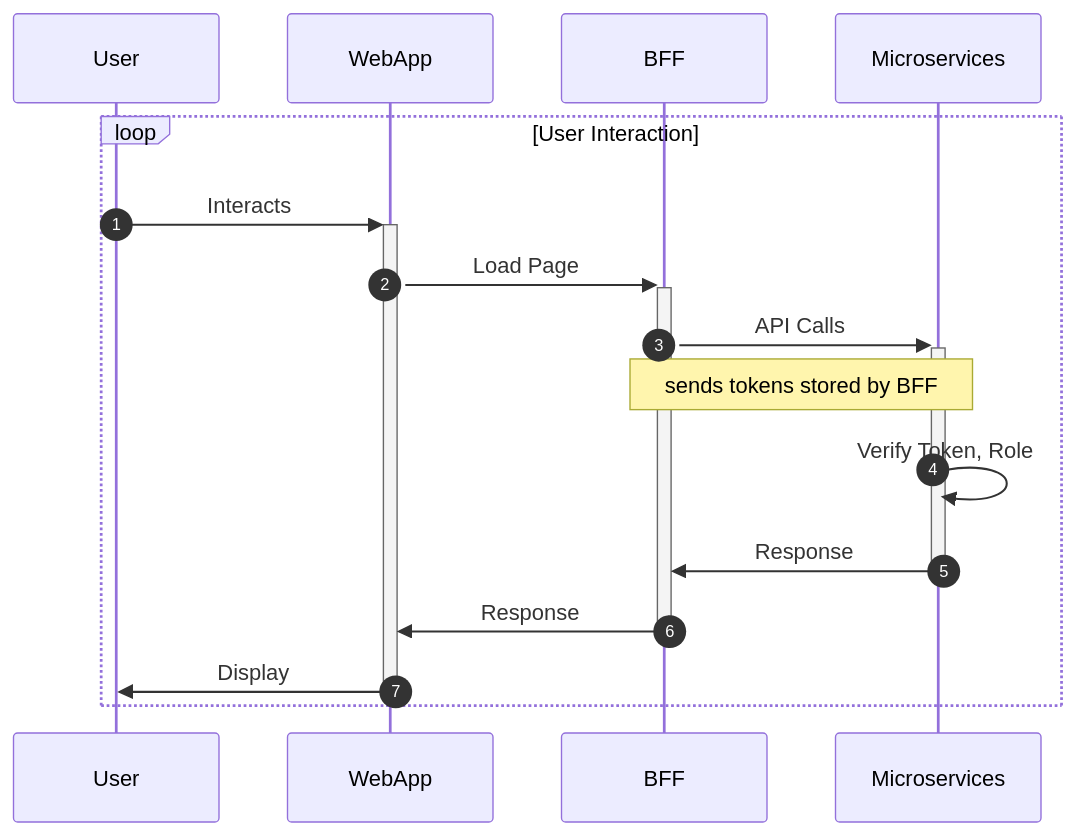
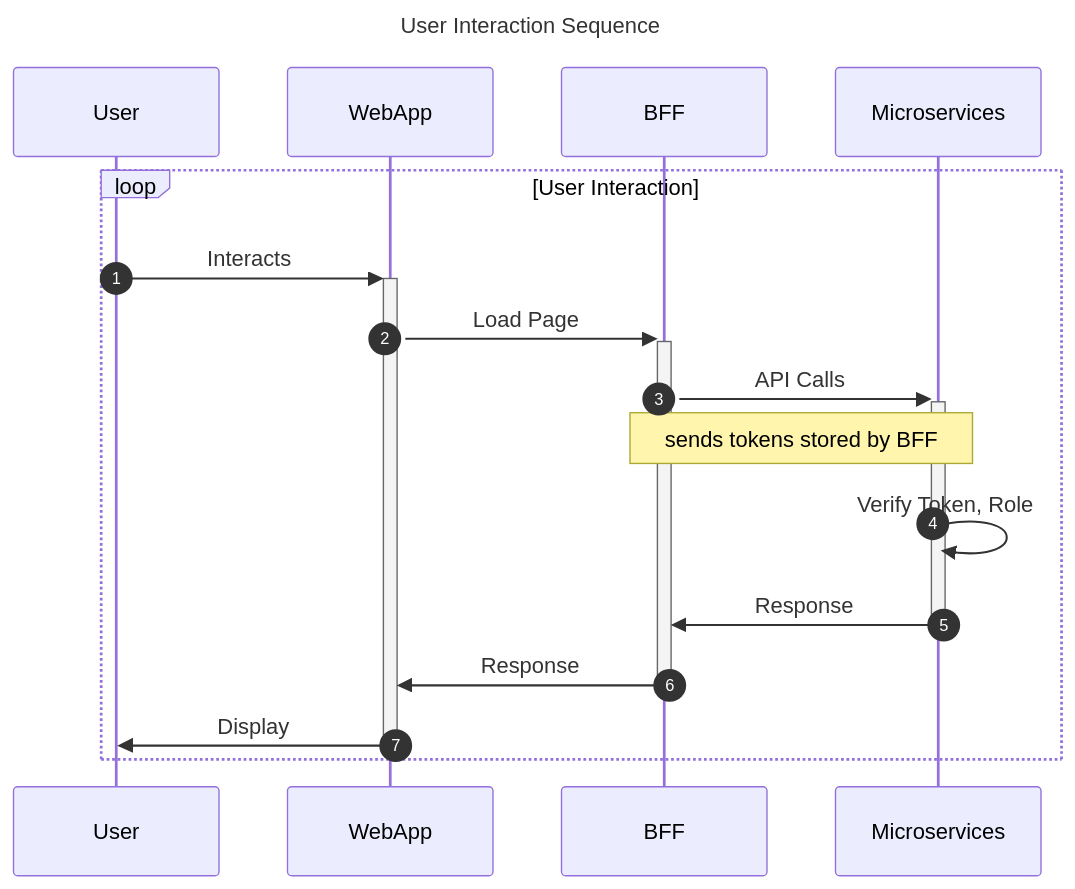
One commit to Dave4272-Office/Tushuguan-Manger changed the diagram in requirements/interaction.sequence.mmd. Above: the diagram before and after it, drawn with Mermaid. The commit also changed 4 other files, not shown here.

```diff
--- a/requirements/interaction.sequence.mmd
+++ b/requirements/interaction.sequence.mmd
@@ -1,17 +1,20 @@
+---
+title: User Interaction Sequence
+---
 sequenceDiagram
     autonumber
     participant User
     participant WebApp
     participant BFF
     participant Microservices
     
     loop User Interaction
         User->>+WebApp: Interacts
         WebApp->>+BFF: Load Page
         BFF->>+Microservices: API Calls
         Note over BFF,Microservices: sends tokens stored by BFF
         Microservices->>Microservices: Verify Token, Role
         Microservices->>-BFF: Response
         BFF->>-WebApp: Response
         WebApp->>-User: Display
     end
```
